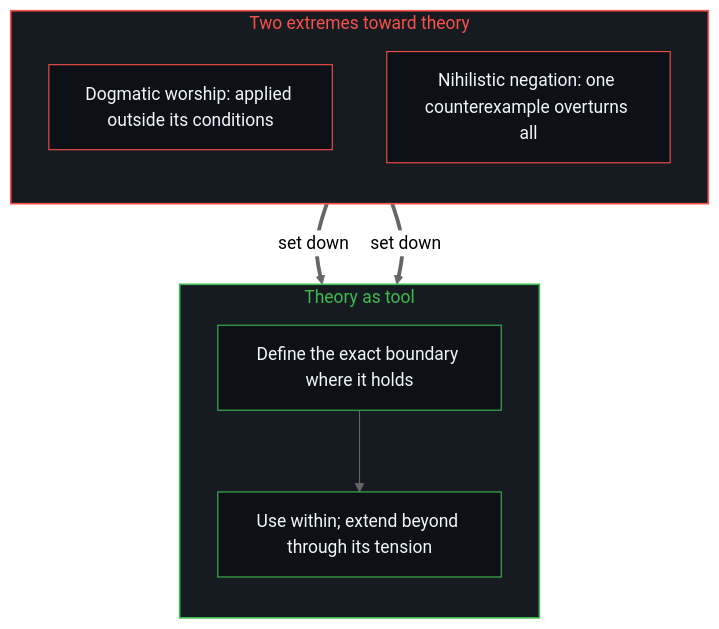
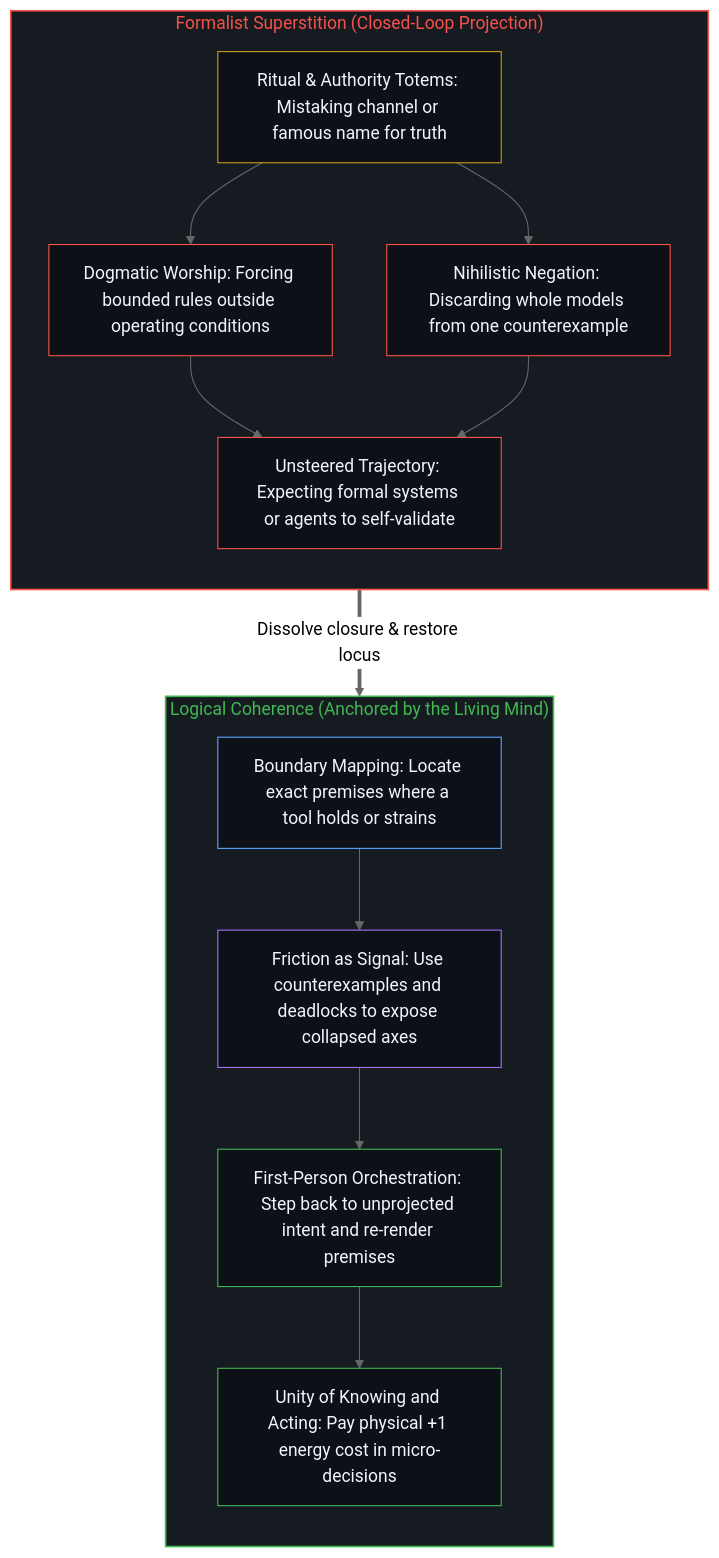
The second of 2 diagrams in content/posts/cong-xing-shi-mi-si-dao-luo-ji-bi-huan.md (powerpig99/not-a-toe), drawn with Mermaid (neutral theme) before and after one commit. The commit also changed other lines of this file and 2 other files, not shown here.

````diff
--- a/content/posts/cong-xing-shi-mi-si-dao-luo-ji-bi-huan.md
+++ b/content/posts/cong-xing-shi-mi-si-dao-luo-ji-bi-huan.md
@@ -70,22 +84,36 @@
 ```mermaid
 flowchart TD
-    subgraph S_Two["Two extremes toward theory"]
+    subgraph S_Myth["Formalist Superstition (Closed-Loop Projection)"]
         direction TB
-        D1["Dogmatic worship: applied outside its conditions"]
-        N1["Nihilistic negation: one counterexample overturns all"]
+        M_Form["Ritual & Authority Totems: Mistaking channel or famous name for truth"]
+        M_Dogma["Dogmatic Worship: Forcing bounded rules outside operating conditions"]
+        M_Nihil["Nihilistic Negation: Discarding whole models from one counterexample"]
+        M_Agent["Unsteered Trajectory: Expecting formal systems or agents to self-validate"]
+        M_Form --> M_Dogma
+        M_Form --> M_Nihil
+        M_Dogma --> M_Agent
+        M_Nihil --> M_Agent
     end
-    subgraph S_Tool["Theory as tool"]
+
+    subgraph S_Coherence["Logical Coherence (Anchored by the Living Mind)"]
         direction TB
-        T1["Define the exact boundary where it holds"]
-        T2["Use within; extend beyond through its tension"]
+        C_Bound["Boundary Mapping: Locate exact premises where a tool holds or strains"]
+        C_Signal["Friction as Signal: Use counterexamples and deadlocks to expose collapsed axes"]
+        C_Steer["First-Person Orchestration: Step back to unprojected intent and re-render premises"]
+        C_Act["Unity of Knowing and Acting: Pay physical +1 energy cost in micro-decisions"]
+        C_Bound --> C_Signal --> C_Steer --> C_Act
     end
-    D1 ==>|"set down"| T1
-    N1 ==>|"set down"| T1
-    T1 --> T2
-    style S_Two fill:#161b22,stroke:#f85149,stroke-width:1.5px,color:#f85149
-    style S_Tool fill:#161b22,stroke:#3fb950,stroke-width:1.5px,color:#3fb950
-    style D1 fill:#0d1117,stroke:#f85149,stroke-width:1px,color:#f0f6fc
-    style N1 fill:#0d1117,stroke:#f85149,stroke-width:1px,color:#f0f6fc
-    style T1 fill:#0d1117,stroke:#3fb950,stroke-width:1px,color:#f0f6fc
-    style T2 fill:#0d1117,stroke:#3fb950,stroke-width:1px,color:#f0f6fc
+
+    M_Agent ==>|"Dissolve closure & restore locus"| C_Bound
+
+    style S_Myth fill:#161b22,stroke:#f85149,stroke-width:1.5px,color:#f85149
+    style S_Coherence fill:#161b22,stroke:#3fb950,stroke-width:1.5px,color:#3fb950
+    style M_Form fill:#0d1117,stroke:#d29922,stroke-width:1px,color:#f0f6fc
+    style M_Dogma fill:#0d1117,stroke:#f85149,stroke-width:1px,color:#f0f6fc
+    style M_Nihil fill:#0d1117,stroke:#f85149,stroke-width:1px,color:#f0f6fc
+    style M_Agent fill:#0d1117,stroke:#f85149,stroke-width:1px,color:#f0f6fc
+    style C_Bound fill:#0d1117,stroke:#58a6ff,stroke-width:1px,color:#f0f6fc
+    style C_Signal fill:#0d1117,stroke:#a371f7,stroke-width:1px,color:#f0f6fc
+    style C_Steer fill:#0d1117,stroke:#3fb950,stroke-width:1px,color:#f0f6fc
+    style C_Act fill:#0d1117,stroke:#3fb950,stroke-width:1px,color:#f0f6fc
 ```
````
